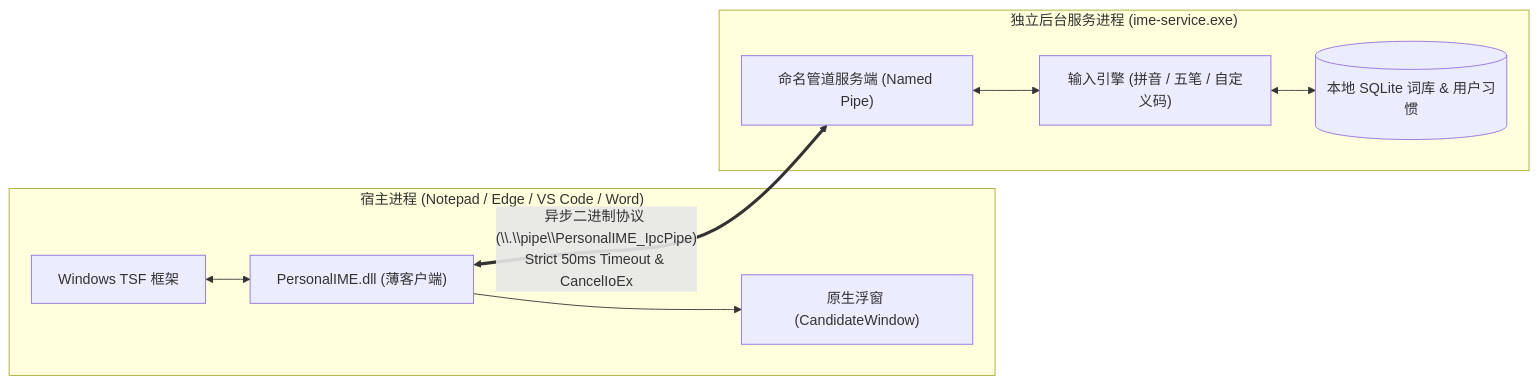
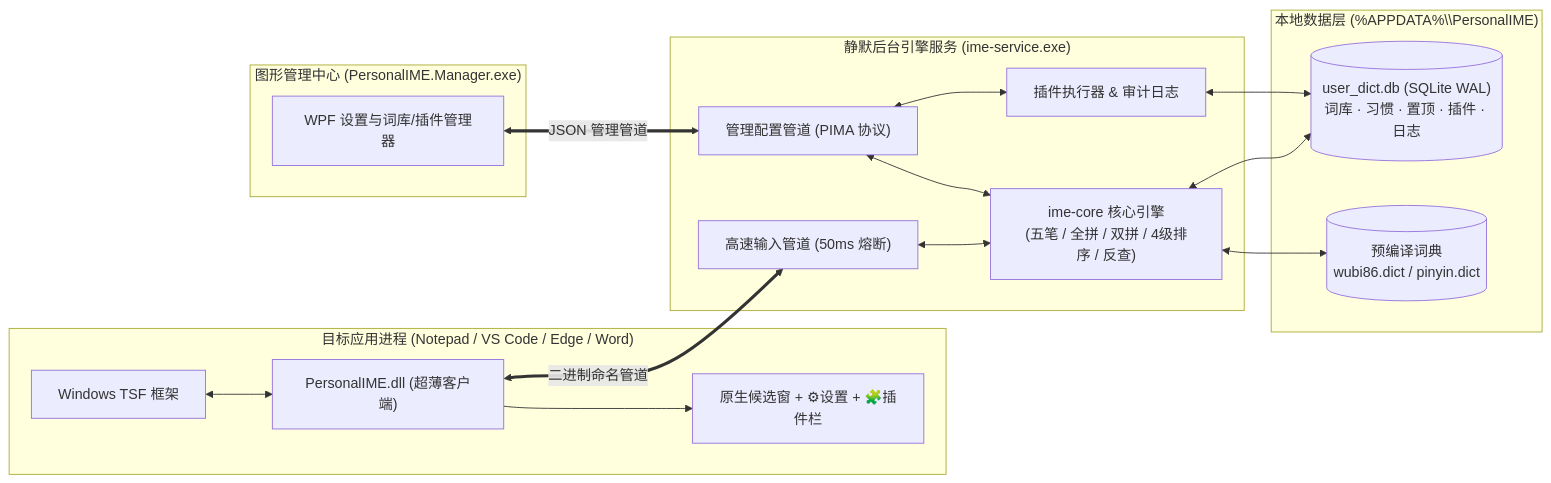
The diagram in README.md (maifeipin/PersonalIME), drawn with Mermaid before and after one commit. The commit also changed other lines of this file and 55 other files, not shown here.

Commit message:
feat(stage5): rebrand to RenRen (人人), add SQLite plugin system, candidate bar plugins, WPF plugin manager, and product README

````diff
--- a/README.md
+++ b/README.md
@@ -18,20 +98,35 @@
 ```mermaid
 flowchart LR
-    subgraph HostApp ["宿主进程 (Notepad / Edge / VS Code / Word)"]
+    subgraph Host ["目标应用进程 (Notepad / VS Code / Edge / Word)"]
         TSF["Windows TSF 框架"]
-        DLL["PersonalIME.dll (薄客户端)"]
-        UI["原生浮窗 (CandidateWindow)"]
-        TSF <--> DLL
-        DLL --> UI
+        TIP["PersonalIME.dll (超薄客户端)"]
+        CW["原生候选窗 + ⚙设置 + 🧩插件栏"]
+        TSF <--> TIP
+        TIP --> CW
     end
 
-    subgraph Service ["独立后台服务进程 (ime-service.exe)"]
-        IPC["命名管道服务端 (Named Pipe)"]
-        Engine["输入引擎 (拼音 / 五笔 / 自定义码)"]
-        DB[(本地 SQLite 词库 & 用户习惯)]
-        IPC <--> Engine
-        Engine <--> DB
+    subgraph Daemon ["静默后台引擎服务 (ime-service.exe)"]
+        FastPipe["高速输入管道 (50ms 熔断)"]
+        AdminPipe["管理配置管道 (PIMA 协议)"]
+        Engine["ime-core 核心引擎\n(五笔 / 全拼 / 双拼 / 4级排序 / 反查)"]
+        PluginMgr["插件执行器 & 审计日志"]
+        FastPipe <--> Engine
+        AdminPipe <--> Engine
+        AdminPipe <--> PluginMgr
     end
 
-    DLL <== "异步二进制协议 (\\.\\pipe\\PersonalIME_IpcPipe)\nStrict 50ms Timeout & CancelIoEx" ==> IPC
+    subgraph Storage ["本地数据层 (%APPDATA%\\PersonalIME)"]
+        DB[("user_dict.db (SQLite WAL)\n词库 · 习惯 · 置顶 · 插件 · 日志")]
+        Dicts[("预编译词典\nwubi86.dict / pinyin.dict")]
+    end
+
+    subgraph UI ["图形管理中心 (PersonalIME.Manager.exe)"]
+        WPF["WPF 设置与词库/插件管理器"]
+    end
+
+    TIP <== "二进制命名管道" ==> FastPipe
+    WPF <== "JSON 管理管道" ==> AdminPipe
+    Engine <--> DB
+    Engine <--> Dicts
+    PluginMgr <--> DB
 ```
````
